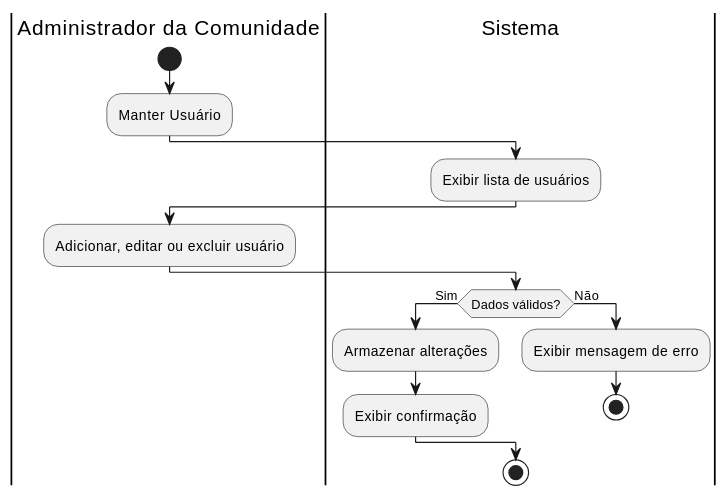
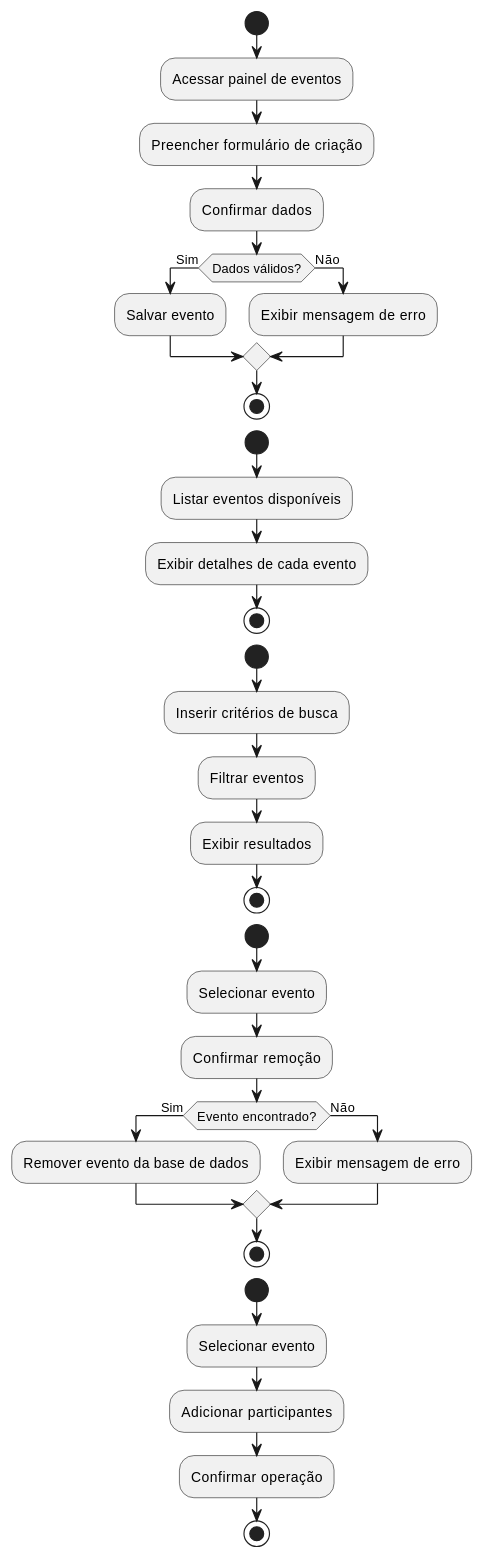
Before and after one commit to agu3des/CommunityLink: the fifth of 16 diagrams in aps/specs/diagrama-de-atividades/uml_diagrama_atividades.md, drawn with PlantUML. The commit also changed other lines of this file and 28 other files, not shown here.

```diff
--- a/aps/specs/diagrama-de-atividades/uml_diagrama_atividades.md
+++ b/aps/specs/diagrama-de-atividades/uml_diagrama_atividades.md
@@ -70,18 +159,39 @@
 @startuml
-|Administrador da Comunidade|
 start
-:Manter Usuário;
-|Sistema|
-:Exibir lista de usuários;
-|Administrador da Comunidade|
-:Adicionar, editar ou excluir usuário;
-|Sistema|
+:Acessar painel de eventos;
+:Preencher formulário de criação;
+:Confirmar dados;
 if (Dados válidos?) then (Sim)
-    :Armazenar alterações;
-    :Exibir confirmação;
+    :Salvar evento;
 else (Não)
     :Exibir mensagem de erro;
-    stop
 endif
 stop
+
+start
+:Listar eventos disponíveis;
+:Exibir detalhes de cada evento;
+stop
+
+start
+:Inserir critérios de busca;
+:Filtrar eventos;
+:Exibir resultados;
+stop
+
+start
+:Selecionar evento;
+:Confirmar remoção;
+if (Evento encontrado?) then (Sim)
+    :Remover evento da base de dados;
+else (Não)
+    :Exibir mensagem de erro;
+endif
+stop
+
+start
+:Selecionar evento;
+:Adicionar participantes;
+:Confirmar operação;
+stop
 @enduml
```
